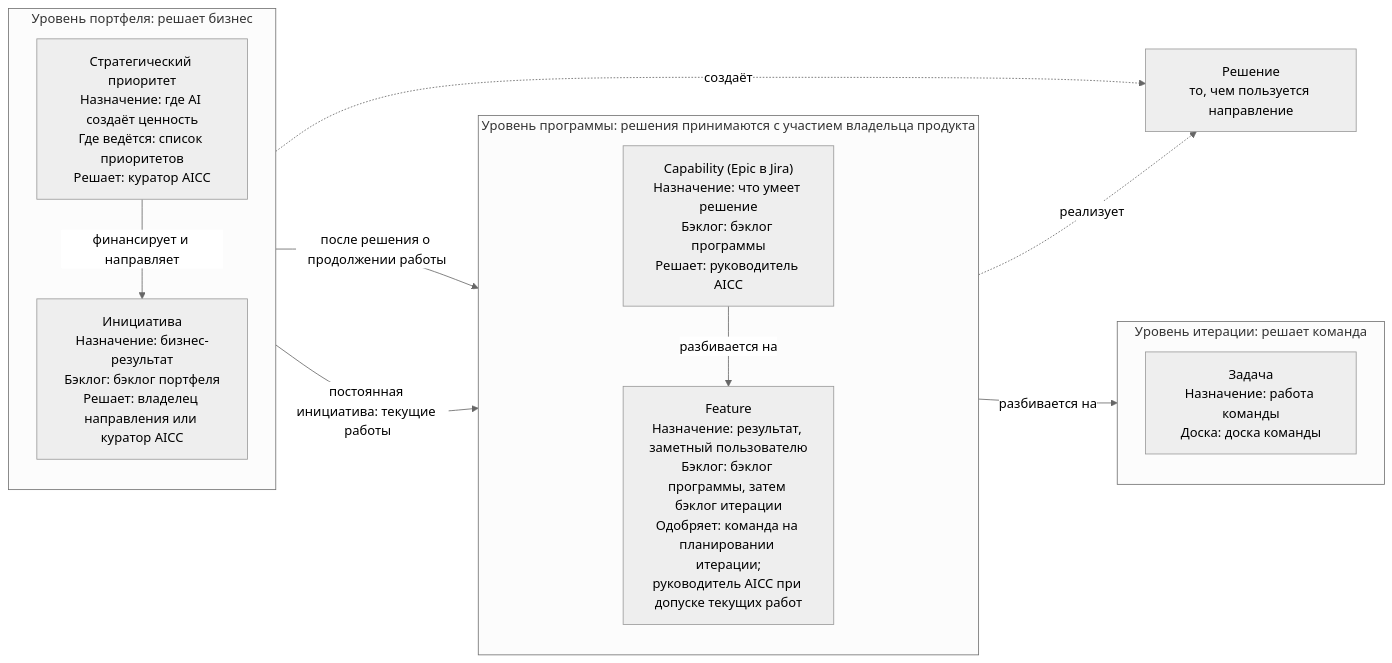
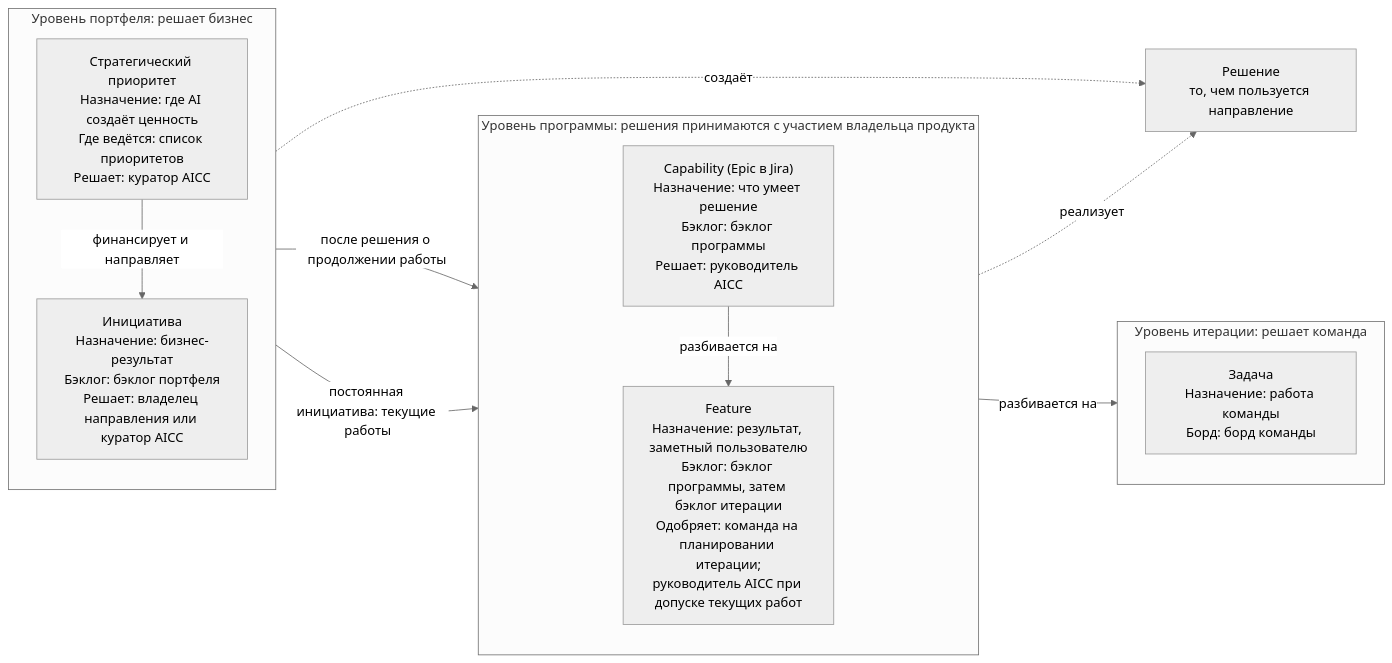
One commit to devhogu/ob-aicc changed the first of 13 diagrams in charter/ru/documents/solution-lifecycle-model.md. Above: the diagram before and after it, drawn with Mermaid (neutral theme). The commit also changed other lines of this file and 193 other files, not shown here.

````diff
--- a/charter/ru/documents/solution-lifecycle-model.md
+++ b/charter/ru/documents/solution-lifecycle-model.md
@@ -63,24 +63,24 @@
 ```mermaid
 flowchart LR
   subgraph PORT["Уровень портфеля: решает бизнес"]
     direction TB
     SP["Стратегический приоритет<br/>Назначение: где AI создаёт ценность<br/>Где ведётся: список приоритетов<br/>Решает: куратор AICC"]
     INI["Инициатива<br/>Назначение: бизнес-результат<br/>Бэклог: бэклог портфеля<br/>Решает: владелец направления или куратор AICC"]
     SP -->|финансирует и направляет| INI
   end
   subgraph PROG["Уровень программы: решения принимаются с участием владельца продукта"]
     direction TB
     CAP["Capability (Epic в Jira)<br/>Назначение: что умеет решение<br/>Бэклог: бэклог программы<br/>Решает: руководитель AICC"]
     FT["Feature<br/>Назначение: результат, заметный пользователю<br/>Бэклог: бэклог программы, затем бэклог итерации<br/>Одобряет: команда на планировании итерации;<br/>руководитель AICC при допуске текущих работ"]
     CAP -->|разбивается на| FT
   end
   subgraph ITER["Уровень итерации: решает команда"]
     direction TB
-    WI["Задача<br/>Назначение: работа команды<br/>Доска: доска команды"]
+    WI["Задача<br/>Назначение: работа команды<br/>Борд: борд команды"]
   end
   INI -->|после решения о продолжении работы| CAP
   INI -->|постоянная инициатива: текущие работы| FT
   FT -->|разбивается на| WI
   INI -.->|создаёт| SOL["Решение<br/>то, чем пользуется направление"]
   CAP -.->|реализует| SOL
 ```
````
